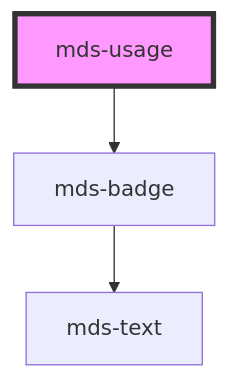
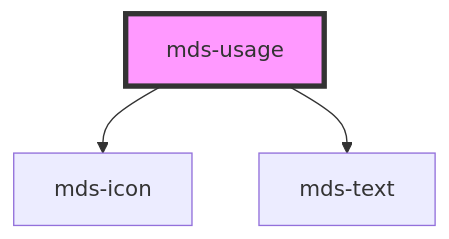
Before and after one commit to magma-design-system/magma: the diagram in projects/stencil/src/components/mds-usage/readme.md, drawn with Mermaid. The commit also changed other lines of this file and 8 other files, not shown here.

Commit message:
style(mds-usage): replace badge with header component and update styles for improved layout

````diff
--- a/projects/stencil/src/components/mds-usage/readme.md
+++ b/projects/stencil/src/components/mds-usage/readme.md
@@ -54,6 +66,6 @@
 ```mermaid
 graph TD;
-  mds-usage --> mds-badge
-  mds-badge --> mds-text
+  mds-usage --> mds-icon
+  mds-usage --> mds-text
   style mds-usage fill:#f9f,stroke:#333,stroke-width:4px
 ```
````
